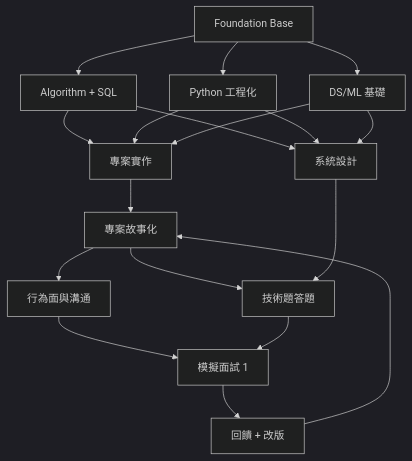
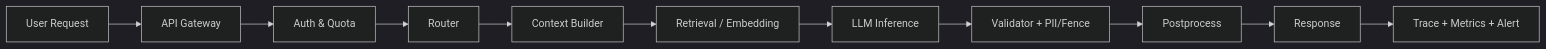
One commit to Ronald979/Program changed the third of 4 diagrams in AI_Learning/Interview_Performance_Framework/architecture.md. Above: the diagram before and after it, drawn with Mermaid (dark theme). The commit also changed other lines of this file and 5 other files, not shown here.

Commit message:
Add architecture-first interview path for C firmware, LLM, and FPGA

````diff
--- a/AI_Learning/Interview_Performance_Framework/architecture.md
+++ b/AI_Learning/Interview_Performance_Framework/architecture.md
@@ -3,24 +56,13 @@
 ```mermaid
-flowchart TD
-  A[Foundation Base] --> B[Algorithm + SQL]
-  A --> C[Python 工程化]
-  A --> D[DS/ML 基礎]
-
-  B --> E[專案實作]
-  C --> E
-  D --> E
-
-  E --> F[專案故事化]
-  F --> G[行為面與溝通]
-  F --> H[技術題答題]
-
-  G --> I[模擬面試 1]
-  H --> I
-  I --> J[回饋 + 改版]
-  J --> F
-
-  B --> K[系統設計]
-  C --> K
-  D --> K
-  K --> H
+flowchart LR
+  A[User Request] --> B[API Gateway]
+  B --> C[Auth & Quota]
+  C --> D[Router]
+  D --> E[Context Builder]
+  E --> F[Retrieval / Embedding]
+  F --> G[LLM Inference]
+  G --> H[Validator + PII/Fence]
+  H --> I[Postprocess]
+  I --> J[Response]
+  J --> K[Trace + Metrics + Alert]
 ```
````
